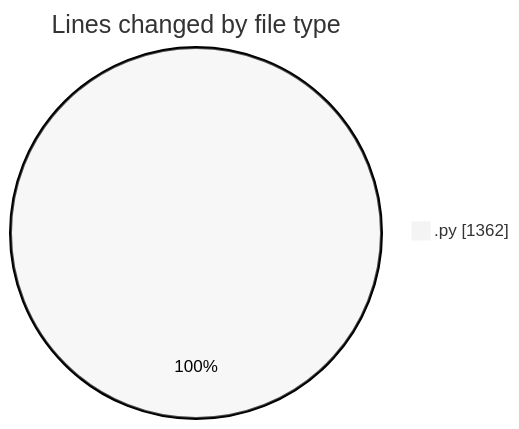
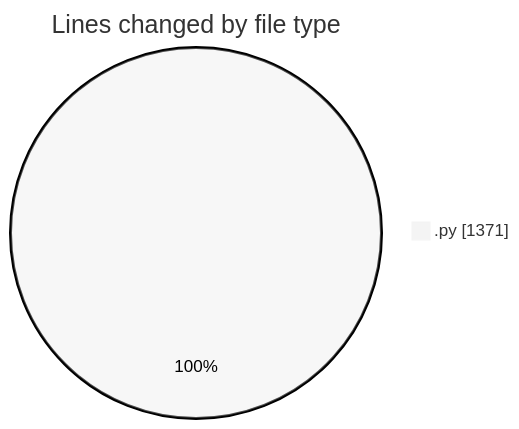
Before and after one commit to MatusMokan/code-tracking: the first of 2 diagrams in 2025-03-26/myws__workspace_/README.md, drawn with Mermaid (neutral theme). The commit also changed other lines of this file and 1 other file, not shown here.

````diff
--- a/2025-03-26/myws__workspace_/README.md
+++ b/2025-03-26/myws__workspace_/README.md
@@ -20,5 +20,5 @@
 ```mermaid
 pie showData
 title Lines changed by file type
-".py" : 1362
+".py" : 1371
 ```
````
